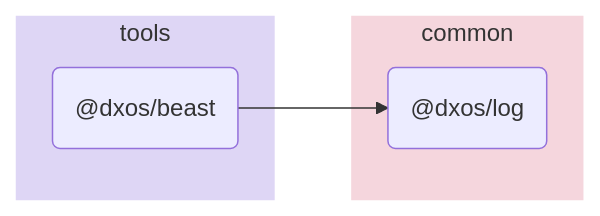
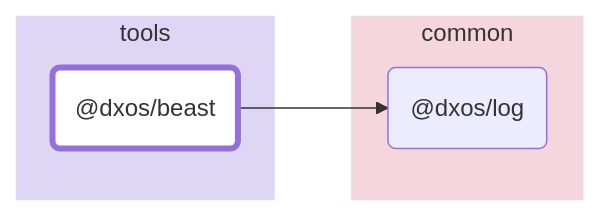
One commit to dxos/dxos changed the diagram in tools/beast/docs/README.md. Above: the diagram before and after it, drawn with Mermaid. The commit also changed other lines of this file and 88 other files, not shown here.

````diff
--- a/tools/beast/docs/README.md
+++ b/tools/beast/docs/README.md
@@ -5,15 +7,19 @@
 ```mermaid
 flowchart LR;
+
+style dxos/beast fill:#fff,stroke-width:4px;
+
+click dxos/log "https:/github.com/dxos/dxos/tree/main/packages/common/log/docs";
 
 subgraph tools
   style tools fill:#ded6f5,stroke:#fff;
   dxos/beast("@dxos/beast");
 end
 
 subgraph common
   style common fill:#f5d6dd,stroke:#fff;
   dxos/log("@dxos/log");
 end
 
 dxos/beast --> dxos/log;
 ```
````
